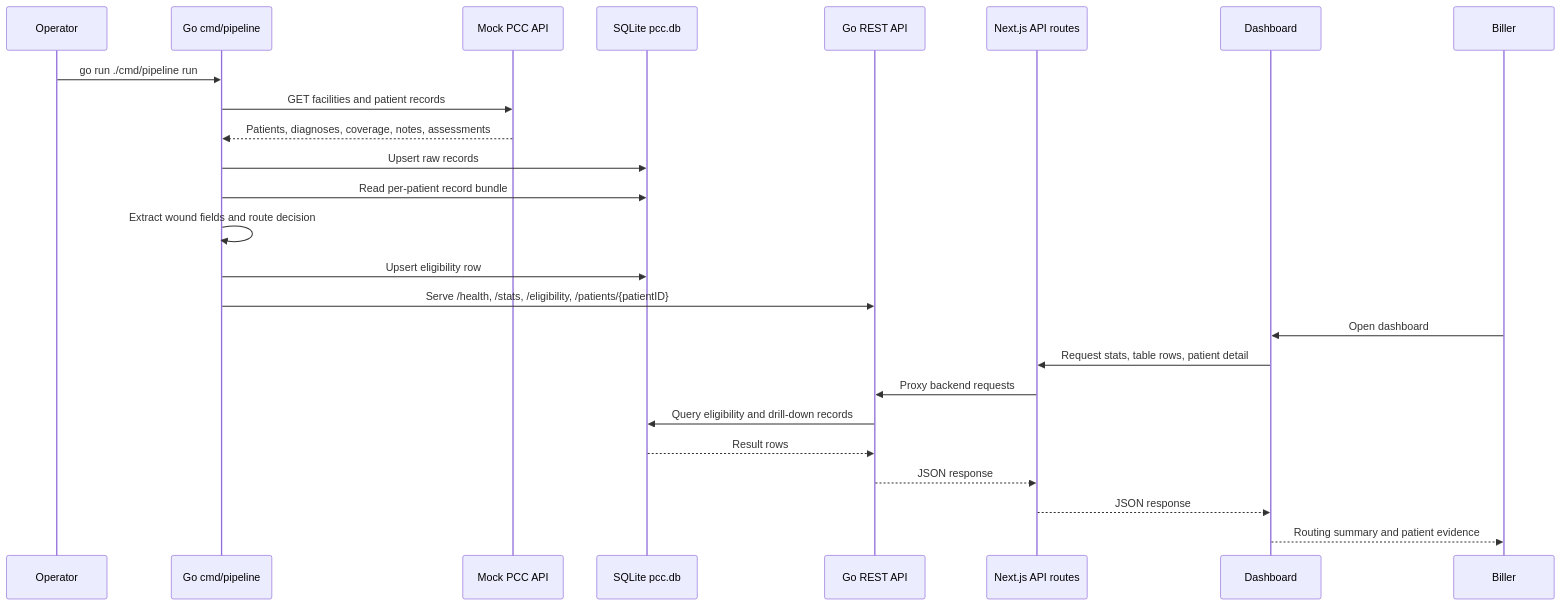
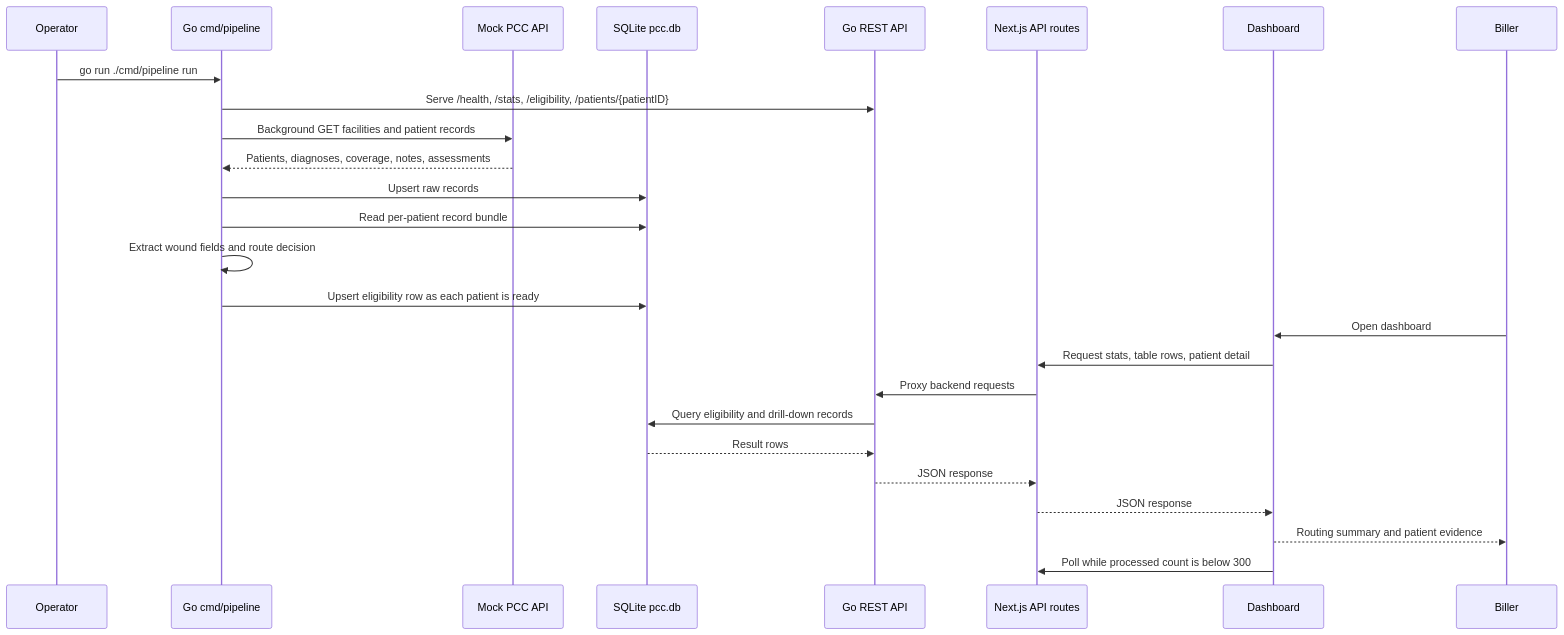
One commit to ruchi-115/Hackathon-Nurse changed the second of 2 diagrams in ARCHITECTURE.md. Above: the diagram before and after it, drawn with Mermaid. The commit also changed other lines of this file and 9 other files, not shown here.

````diff
--- a/ARCHITECTURE.md
+++ b/ARCHITECTURE.md
@@ -54,28 +54,29 @@
 ```mermaid
 sequenceDiagram
     participant Operator
     participant Pipeline as Go cmd/pipeline
     participant PCC as Mock PCC API
     participant DB as SQLite pcc.db
     participant API as Go REST API
     participant Next as Next.js API routes
     participant UI as Dashboard
     participant Biller
 
     Operator->>Pipeline: go run ./cmd/pipeline run
-    Pipeline->>PCC: GET facilities and patient records
+    Pipeline->>API: Serve /health, /stats, /eligibility, /patients/{patientID}
+    Pipeline->>PCC: Background GET facilities and patient records
     PCC-->>Pipeline: Patients, diagnoses, coverage, notes, assessments
     Pipeline->>DB: Upsert raw records
     Pipeline->>DB: Read per-patient record bundle
     Pipeline->>Pipeline: Extract wound fields and route decision
-    Pipeline->>DB: Upsert eligibility row
-    Pipeline->>API: Serve /health, /stats, /eligibility, /patients/{patientID}
+    Pipeline->>DB: Upsert eligibility row as each patient is ready
     Biller->>UI: Open dashboard
     UI->>Next: Request stats, table rows, patient detail
     Next->>API: Proxy backend requests
     API->>DB: Query eligibility and drill-down records
     DB-->>API: Result rows
     API-->>Next: JSON response
     Next-->>UI: JSON response
     UI-->>Biller: Routing summary and patient evidence
+    UI->>Next: Poll while processed count is below 300
 ```
````
